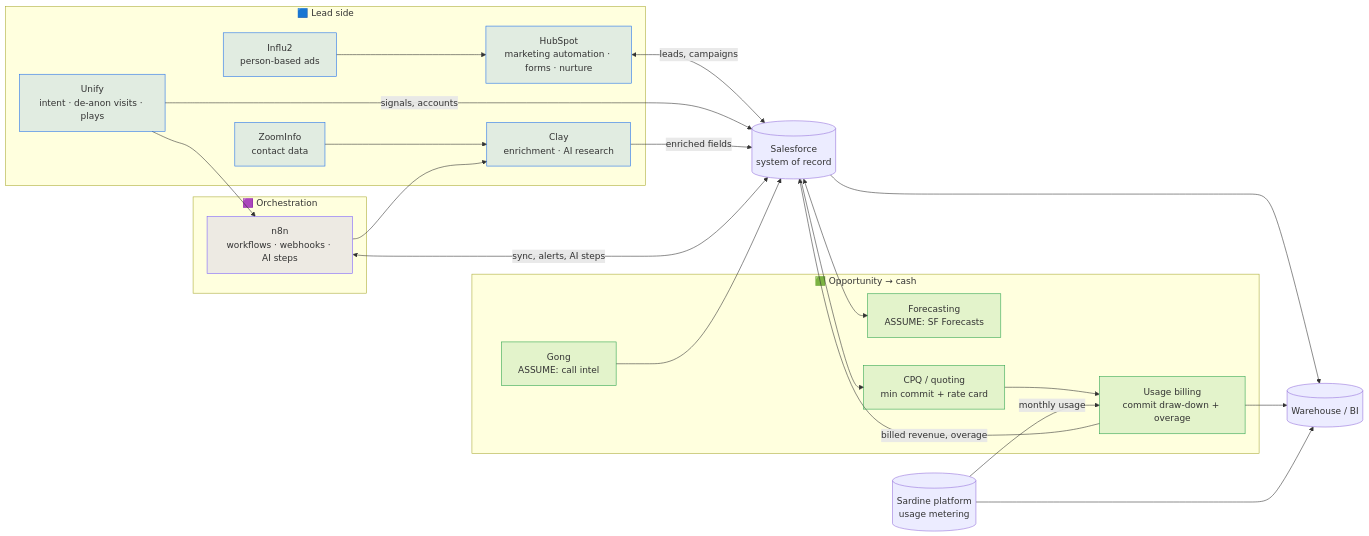
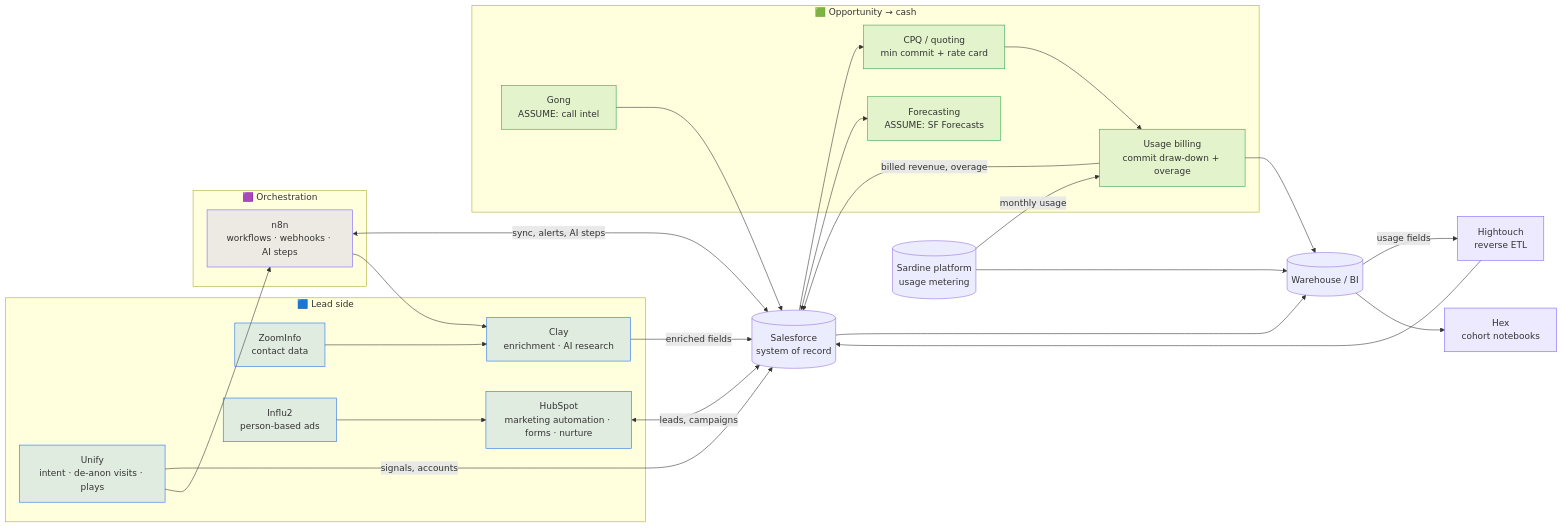
Before and after one commit to peytonbackus-spec/sardine-gtm-revops-toolkit: the diagram in shared_core/context/gtm-stack-map.md, drawn with Mermaid. The commit also changed other lines of this file and 13 other files, not shown here.

````diff
--- a/shared_core/context/gtm-stack-map.md
+++ b/shared_core/context/gtm-stack-map.md
@@ -7,42 +7,44 @@
 ```mermaid
 flowchart LR
     SF[(Salesforce<br/>system of record)]
     subgraph ENG["🟦 Lead side"]
         HS[HubSpot<br/>marketing automation · forms · nurture]
         UN[Unify<br/>intent · de-anon visits · plays]
         CL[Clay<br/>enrichment · AI research]
         ZI[ZoomInfo<br/>contact data] --> CL
         IN[Influ2<br/>person-based ads] --> HS
     end
     subgraph ORCH["🟪 Orchestration"]
         N8[n8n<br/>workflows · webhooks · AI steps]
     end
     subgraph OPS["🟩 Opportunity → cash"]
         FC[Forecasting<br/>ASSUME: SF Forecasts]
         GG[Gong<br/>ASSUME: call intel]
         CPQ[CPQ / quoting<br/>min commit + rate card]
         BILL[Usage billing<br/>commit draw-down + overage]
     end
     PROD[(Sardine platform<br/>usage metering)]
     WH[(Warehouse / BI)]
     HS <-->|leads, campaigns| SF
     UN -->|signals, accounts| SF
     CL -->|enriched fields| SF
     N8 <-->|sync, alerts, AI steps| SF
     N8 --> CL
     UN --> N8
     SF --> CPQ --> BILL
     PROD -->|monthly usage| BILL
     BILL -->|billed revenue, overage| SF
     GG --> SF
     SF <--> FC
     SF --> WH
     BILL --> WH
+    WH -->|usage fields| HT[Hightouch<br/>reverse ETL] --> SF
+    WH --> HX[Hex<br/>cohort notebooks]
     PROD --> WH
     classDef eng fill:#1F6FEB22,stroke:#1F6FEB;
     classDef ops fill:#2DA44E22,stroke:#2DA44E;
     classDef sh fill:#7B61FF22,stroke:#7B61FF;
     class HS,UN,CL,ZI,IN eng;
     class FC,GG,CPQ,BILL ops;
-    class N8 sh;
+    class N8,HT,HX sh;
 ```
````
